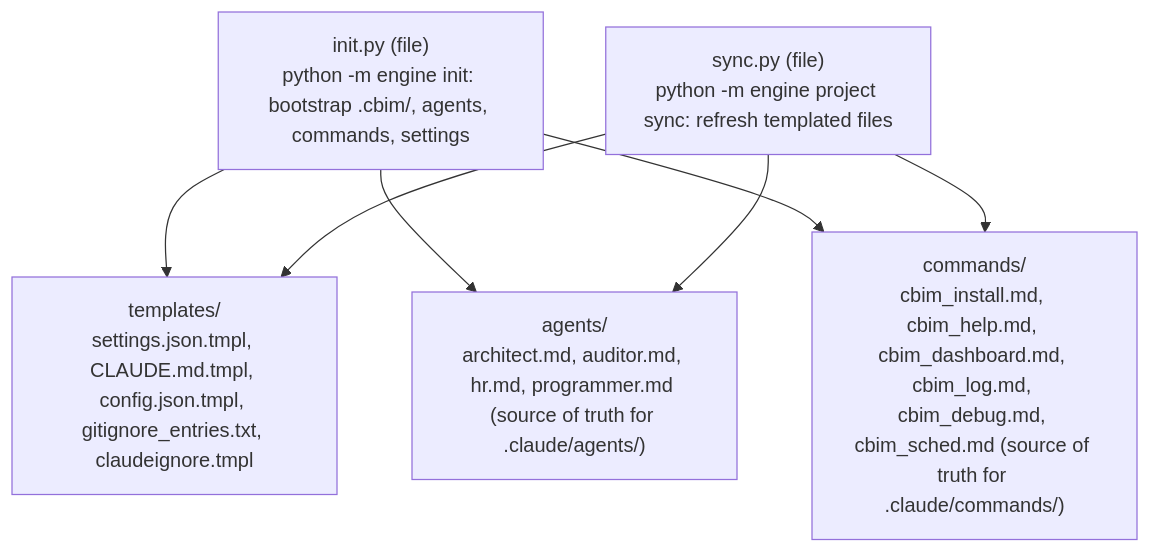
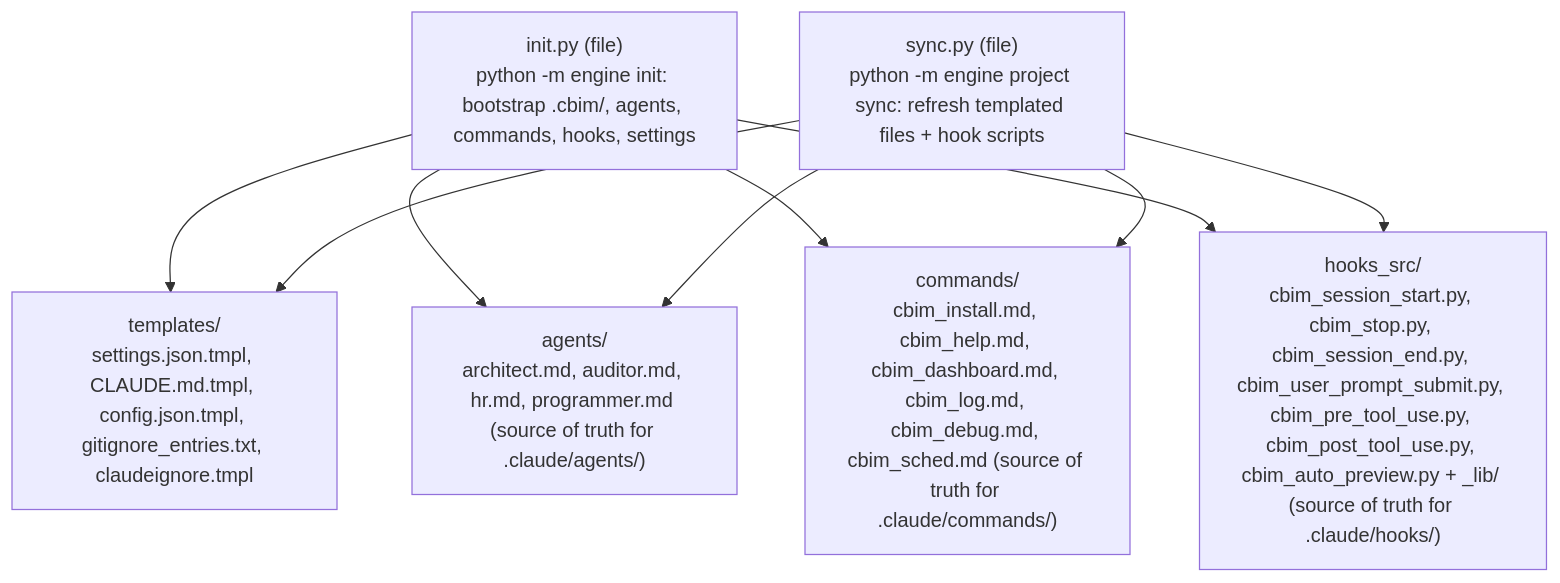
The diagram in v1/src/kernel/project/.dna/module.md (nan023062/agent-team-cc), drawn with Mermaid before and after one commit. The commit also changed other lines of this file and 45 other files, not shown here.

````diff
--- a/v1/src/kernel/project/.dna/module.md
+++ b/v1/src/kernel/project/.dna/module.md
@@ -17,15 +17,18 @@
 ```mermaid
 graph TD
-    init["init.py (file)<br/>python -m engine init: bootstrap .cbim/, agents, commands, settings"]
-    sync["sync.py (file)<br/>python -m engine project sync: refresh templated files"]
+    init["init.py (file)<br/>python -m engine init: bootstrap .cbim/, agents, commands, hooks, settings"]
+    sync["sync.py (file)<br/>python -m engine project sync: refresh templated files + hook scripts"]
     tpl["templates/<br/>settings.json.tmpl, CLAUDE.md.tmpl, config.json.tmpl, gitignore_entries.txt, claudeignore.tmpl"]
     agt["agents/<br/>architect.md, auditor.md, hr.md, programmer.md (source of truth for .claude/agents/)"]
     cmd["commands/<br/>cbim_install.md, cbim_help.md, cbim_dashboard.md, cbim_log.md, cbim_debug.md, cbim_sched.md (source of truth for .claude/commands/)"]
+    hsr["hooks_src/<br/>cbim_session_start.py, cbim_stop.py, cbim_session_end.py, cbim_user_prompt_submit.py, cbim_pre_tool_use.py, cbim_post_tool_use.py, cbim_auto_preview.py + _lib/ (source of truth for .claude/hooks/)"]
 
     init --> tpl
     init --> agt
     init --> cmd
+    init --> hsr
     sync --> tpl
     sync --> agt
     sync --> cmd
+    sync --> hsr
 ```
````
